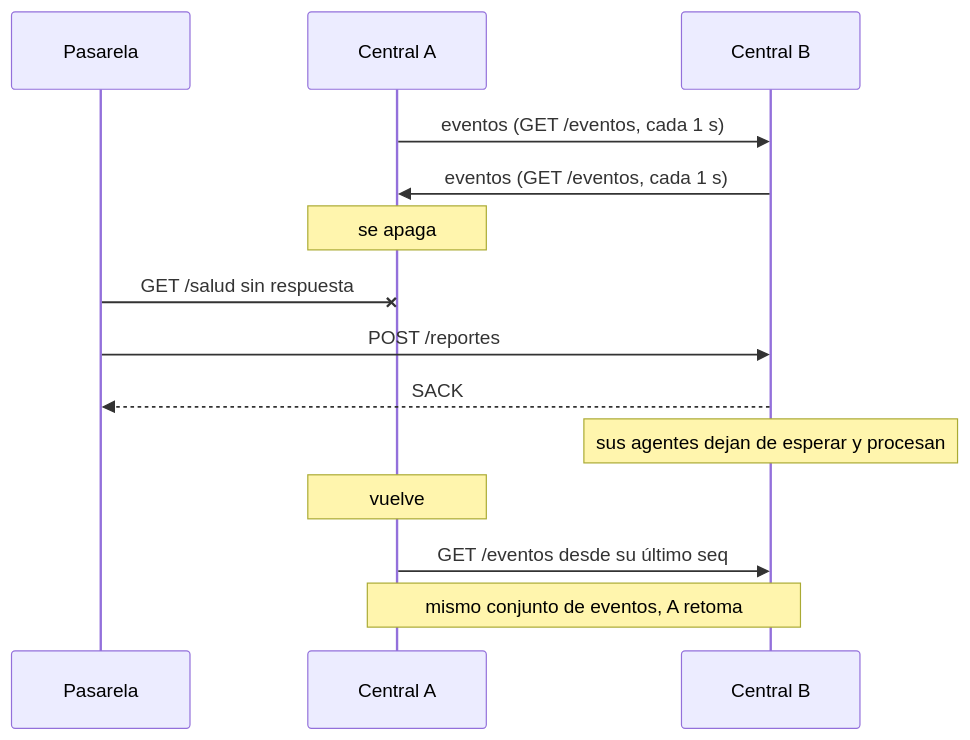
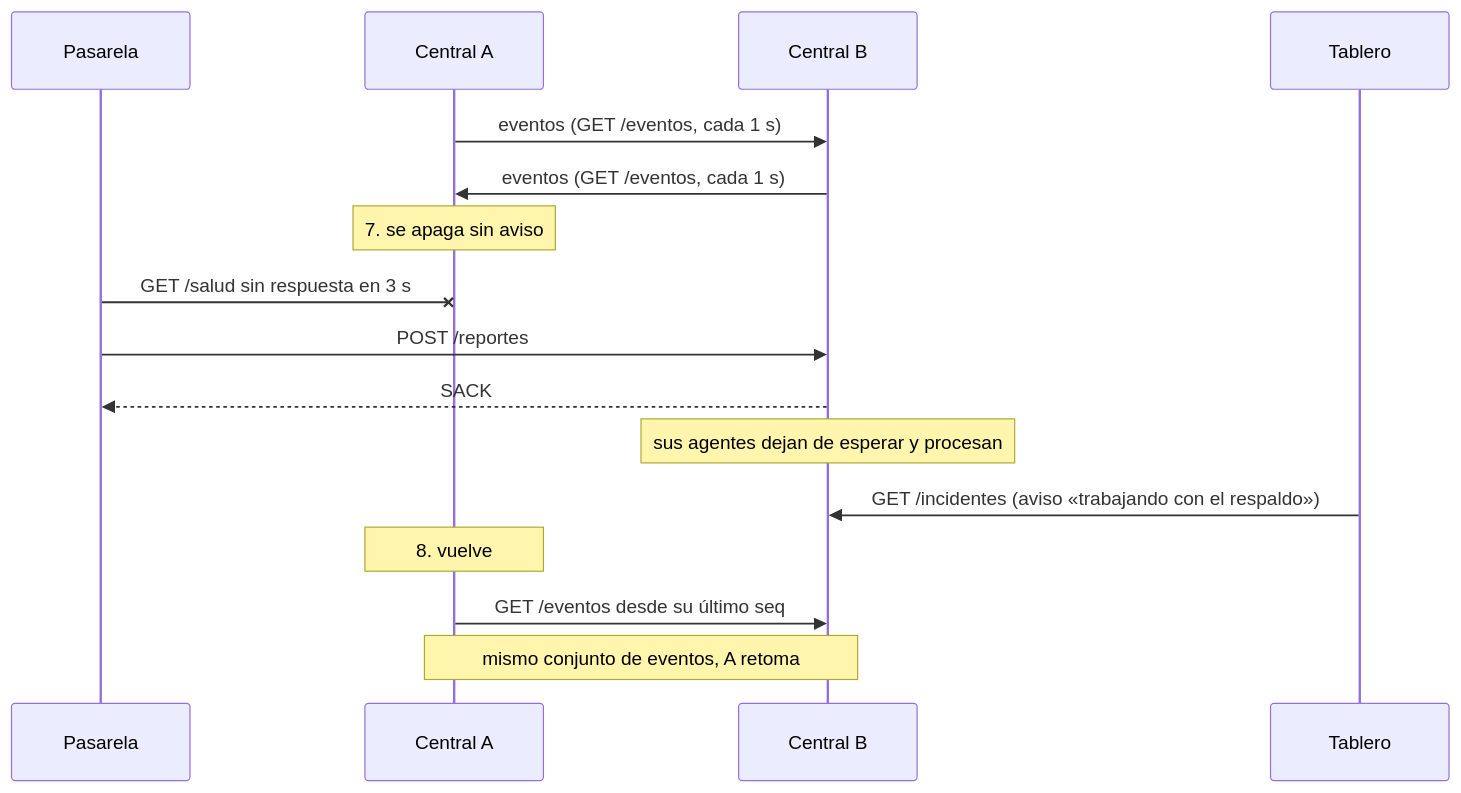
One commit to aphelions-dev/sard-expoasi changed the third of 3 diagrams in docs/entregables/03-arquitectura.md. Above: the diagram before and after it, drawn with Mermaid. The commit also changed other lines of this file and 8 other files, not shown here.

````diff
--- a/docs/entregables/03-arquitectura.md
+++ b/docs/entregables/03-arquitectura.md
@@ -138,16 +175,18 @@
 ```mermaid
 sequenceDiagram
     participant P as Pasarela
     participant A as Central A
     participant B as Central B
+    participant T as Tablero
     A->>B: eventos (GET /eventos, cada 1 s)
     B->>A: eventos (GET /eventos, cada 1 s)
-    Note over A: se apaga
-    P-xA: GET /salud sin respuesta
+    Note over A: 7. se apaga sin aviso
+    P-xA: GET /salud sin respuesta en 3 s
     P->>B: POST /reportes
     B-->>P: SACK
     Note over B: sus agentes dejan de esperar y procesan
-    Note over A: vuelve
+    T->>B: GET /incidentes (aviso «trabajando con el respaldo»)
+    Note over A: 8. vuelve
     A->>B: GET /eventos desde su último seq
     Note over A,B: mismo conjunto de eventos, A retoma
 ```
````
